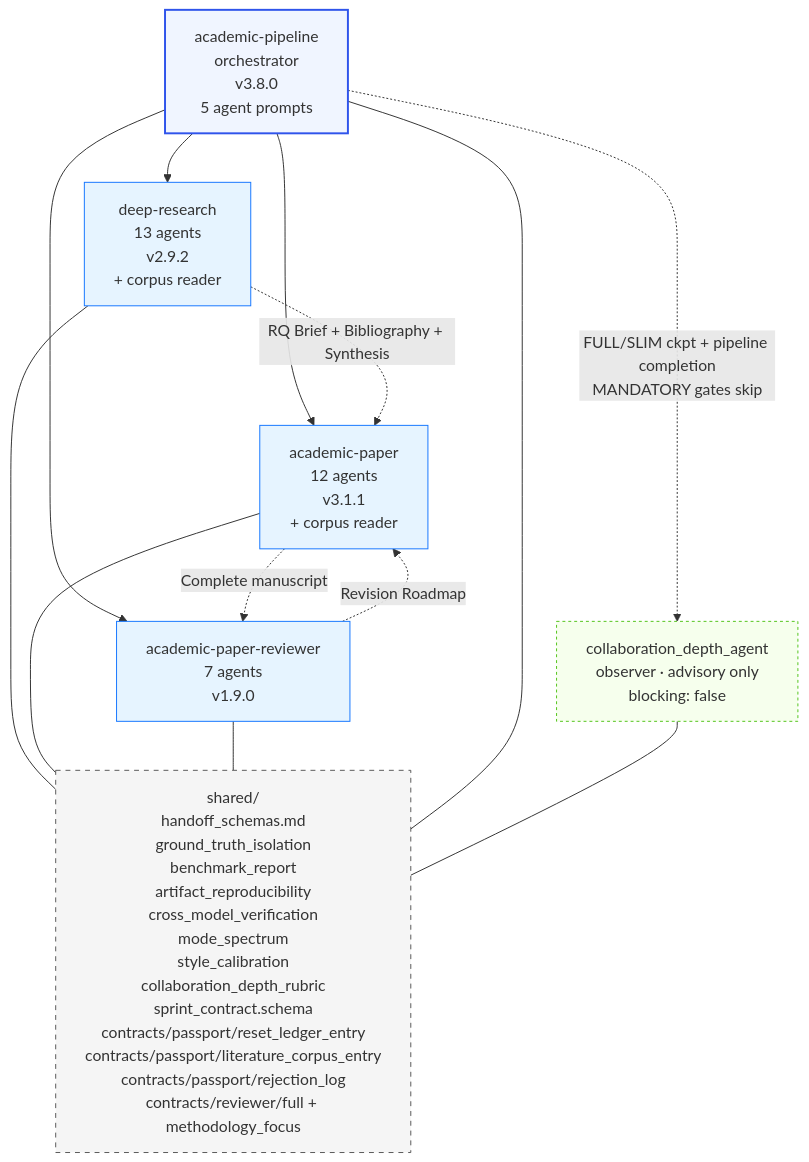
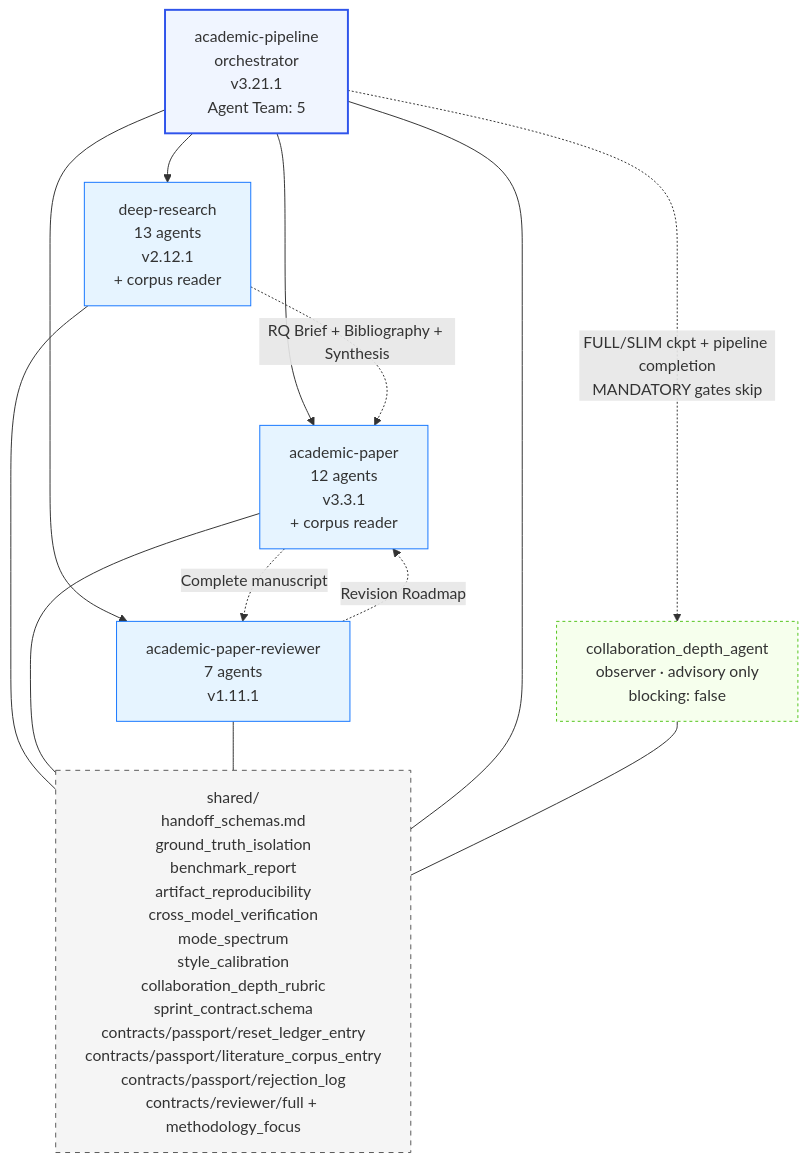
Before and after one commit to tianzecn/ctz-codex-plugins: the fourth of 5 diagrams in plugins/deep-research/skills/academic-research-suite/ars/docs/ARCHITECTURE.md, drawn with Mermaid. The commit also changed other lines of this file and 3228 other files, not shown here.

````diff
--- a/plugins/deep-research/skills/academic-research-suite/ars/docs/ARCHITECTURE.md
+++ b/plugins/deep-research/skills/academic-research-suite/ars/docs/ARCHITECTURE.md
@@ -228,31 +218,31 @@
 ```mermaid
 graph TD
-    Pipeline[academic-pipeline<br/>orchestrator<br/>v3.8.0<br/>5 agent prompts]
+    Pipeline[academic-pipeline<br/>orchestrator<br/>v3.21.1<br/>Agent Team: 5]
     Observer[collaboration_depth_agent<br/>observer · advisory only<br/>blocking: false]
-    DR[deep-research<br/>13 agents<br/>v2.9.2<br/>+ corpus reader]
-    AP[academic-paper<br/>12 agents<br/>v3.1.1<br/>+ corpus reader]
-    APR[academic-paper-reviewer<br/>7 agents<br/>v1.9.0]
+    DR[deep-research<br/>13 agents<br/>v2.12.1<br/>+ corpus reader]
+    AP[academic-paper<br/>12 agents<br/>v3.3.1<br/>+ corpus reader]
+    APR[academic-paper-reviewer<br/>7 agents<br/>v1.11.1]
     Shared[shared/<br/>handoff_schemas.md<br/>ground_truth_isolation<br/>benchmark_report<br/>artifact_reproducibility<br/>cross_model_verification<br/>mode_spectrum<br/>style_calibration<br/>collaboration_depth_rubric<br/>sprint_contract.schema<br/>contracts/passport/reset_ledger_entry<br/>contracts/passport/literature_corpus_entry<br/>contracts/passport/rejection_log<br/>contracts/reviewer/full + methodology_focus]
 
     Pipeline --> DR
     Pipeline --> AP
     Pipeline --> APR
     Pipeline -. "FULL/SLIM ckpt + pipeline completion<br/>MANDATORY gates skip" .-> Observer
     DR -. "RQ Brief + Bibliography + Synthesis" .-> AP
     AP -. "Complete manuscript" .-> APR
     APR -. "Revision Roadmap" .-> AP
     DR --- Shared
     AP --- Shared
     APR --- Shared
     Pipeline --- Shared
     Observer --- Shared
 
     classDef orch fill:#f0f5ff,stroke:#2f54eb,stroke-width:2px
     classDef skill fill:#e6f4ff,stroke:#1677ff
     classDef shared fill:#f5f5f5,stroke:#595959,stroke-dasharray:5 5
     classDef observer fill:#f6ffed,stroke:#52c41a,stroke-dasharray:3 3
     class Pipeline orch
     class DR,AP,APR skill
     class Shared shared
     class Observer observer
 ```
````
